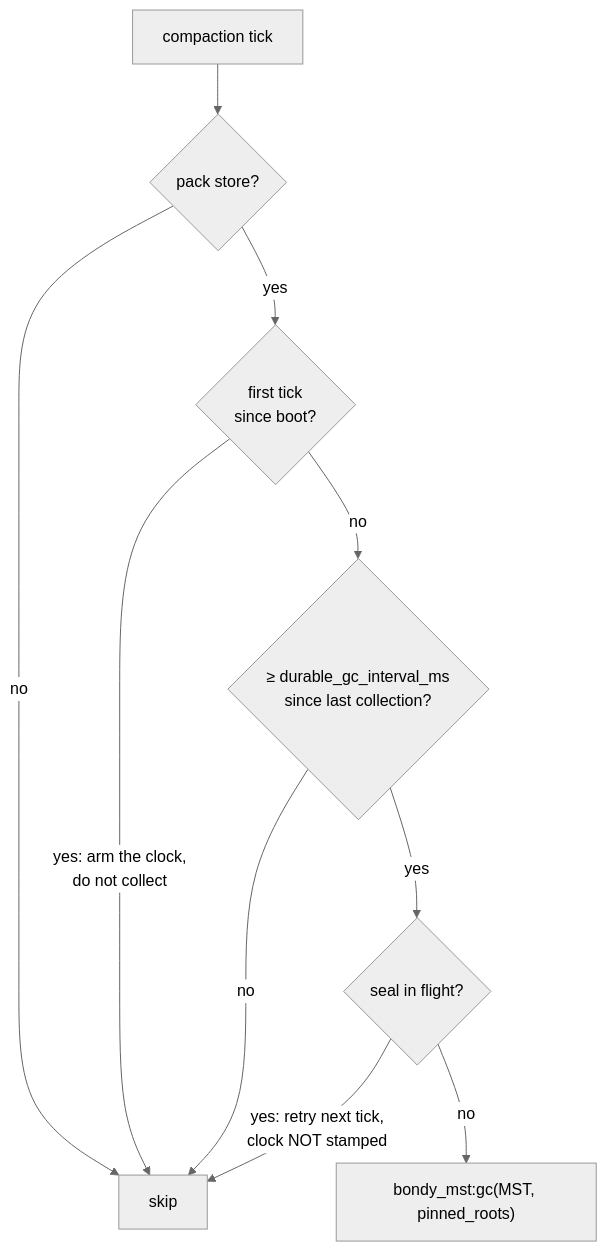
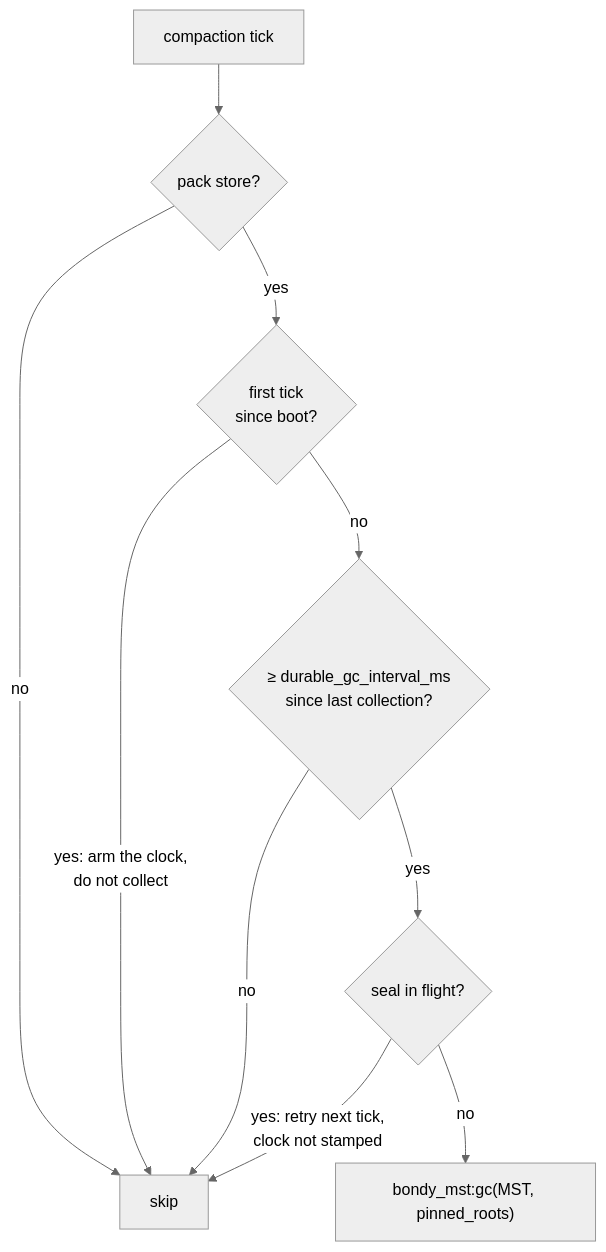
Before and after one commit to bondy-io/bondy: the sixth of 15 diagrams in apps/bondy_db/doc_extras/architecture/06_compaction_and_bootstrap.md, drawn with Mermaid (neutral theme). The commit also changed other lines of this file and 449 other files, not shown here.

````diff
--- a/apps/bondy_db/doc_extras/architecture/06_compaction_and_bootstrap.md
+++ b/apps/bondy_db/doc_extras/architecture/06_compaction_and_bootstrap.md
@@ -395,20 +312,20 @@
 ```mermaid
 flowchart TB
     TICK[compaction tick]
     PACK{"pack store?"}
     ARM{"first tick<br/>since boot?"}
     DUE{"≥ durable_gc_interval_ms<br/>since last collection?"}
     SEAL{"seal in flight?"}
     GC["bondy_mst:gc(MST, pinned_roots)"]
     SKIP[skip]
 
     TICK --> PACK
     PACK -- no --> SKIP
     PACK -- yes --> ARM
     ARM -- "yes: arm the clock,<br/>do not collect" --> SKIP
     ARM -- no --> DUE
     DUE -- no --> SKIP
     DUE -- yes --> SEAL
-    SEAL -- "yes: retry next tick,<br/>clock NOT stamped" --> SKIP
+    SEAL -- "yes: retry next tick,<br/>clock not stamped" --> SKIP
     SEAL -- no --> GC
 ```
````
